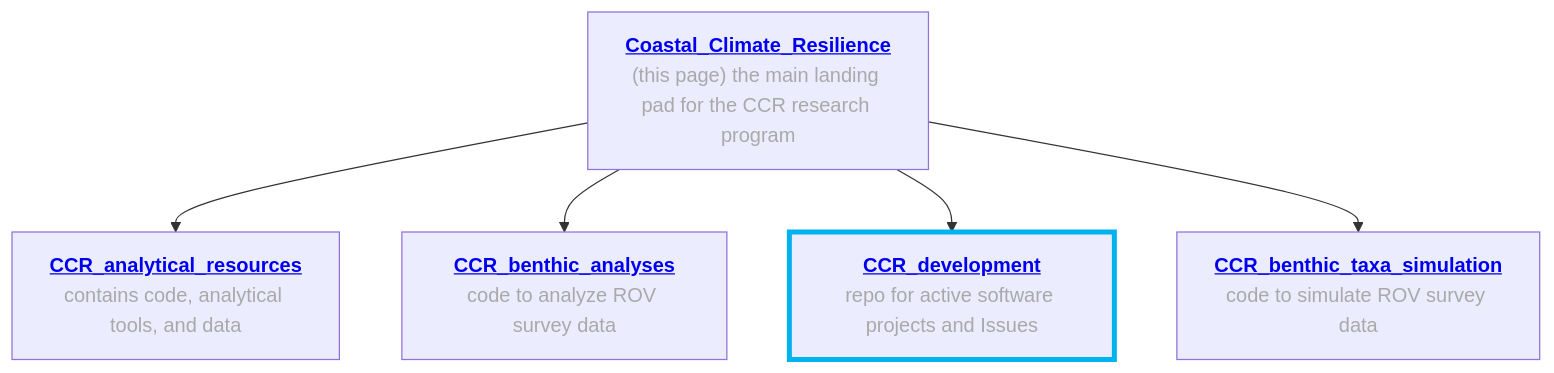
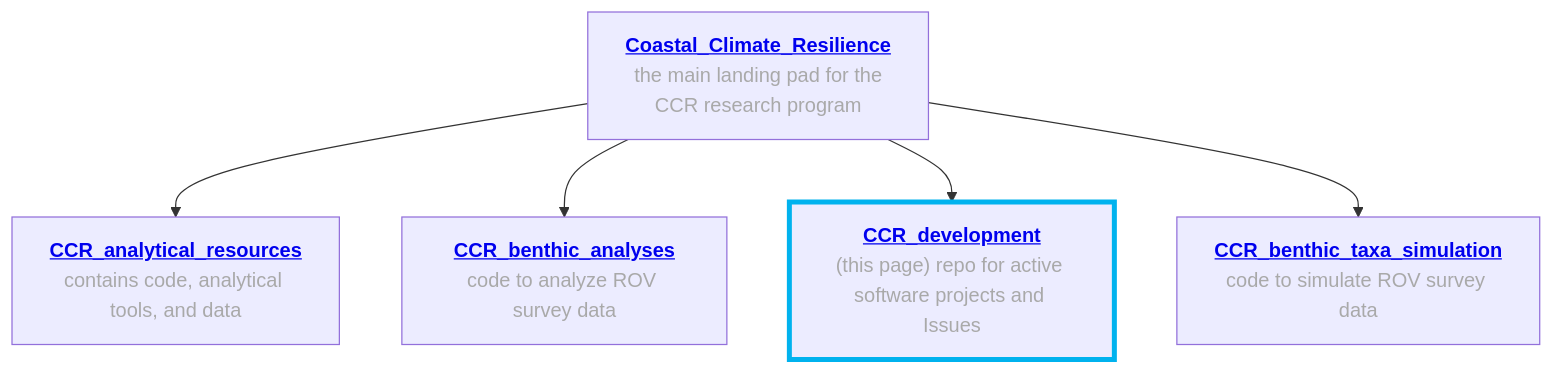
The diagram in README.md (zhrandell/Seattle_Aquarium_CCR_development), drawn with Mermaid before and after one commit.

Commit message:
Fix mermaid fig

````diff
--- a/README.md
+++ b/README.md
@@ -6,17 +6,17 @@
 ```mermaid
 
 graph TD
 
-A["<a href='https://github.com/Seattle-Aquarium/Coastal_Climate_Resilience' target='_blank' style='font-size: 16px; font-weight: bold;'>Coastal_Climate_Resilience</a><br><font color='darkgray' style='text-decoration: none;'>(this page) the main landing pad for the CCR research program</font>"]
+A["<a href='https://github.com/Seattle-Aquarium/Coastal_Climate_Resilience' target='_blank' style='font-size: 16px; font-weight: bold;'>Coastal_Climate_Resilience</a><br><font color='darkgray' style='text-decoration: none;'> the main landing pad for the CCR research program</font>"]
 
 A --> B["<a href='https://github.com/Seattle-Aquarium/CCR_analytical_resources' target='_blank' style='font-size: 16px; font-weight: bold;'>CCR_analytical_resources</a><br><font color='darkgray' style='text-decoration: none;'>contains code, analytical tools, and data</font>"]
 
 A --> C["<a href='https://github.com/Seattle-Aquarium/CCR_benthic_analyses' target='_blank' style='font-size: 16px; font-weight: bold;'>CCR_benthic_analyses</a><br><font color='darkgray' style='text-decoration: none;'>code to analyze ROV survey data</font>"]
 
-A --> D["<a href='https://github.com/Seattle-Aquarium/CCR_development' target='_blank' style='font-size: 16px; font-weight: bold;'>CCR_development</a><br><font color='darkgray' style='text-decoration: none;'>repo for active software projects and Issues</font>"]
+A --> D["<a href='https://github.com/Seattle-Aquarium/CCR_development' target='_blank' style='font-size: 16px; font-weight: bold;'>CCR_development</a><br><font color='darkgray' style='text-decoration: none;'>(this page) repo for active software projects and Issues</font>"]
 
 A --> E["<a href='https://github.com/Seattle-Aquarium/CCR_benthic_taxa_simulation' target='_blank' style='font-size: 16px; font-weight: bold;'>CCR_benthic_taxa_simulation</a><br><font color='darkgray' style='text-decoration: none;'>code to simulate ROV survey data</font>"]
 
 style D stroke:#00B2EE,stroke-width:4px
 
 ```
````
